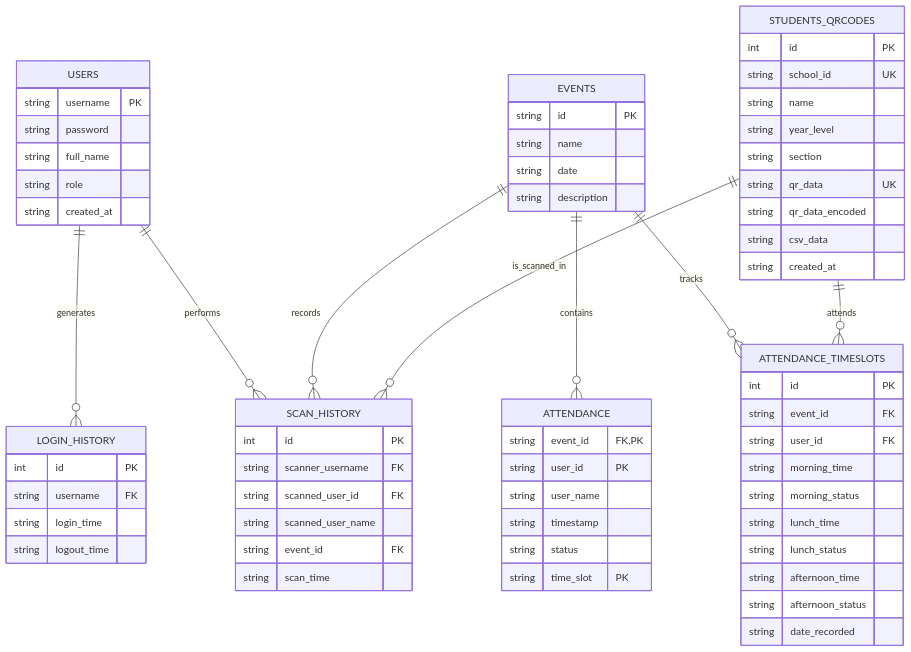
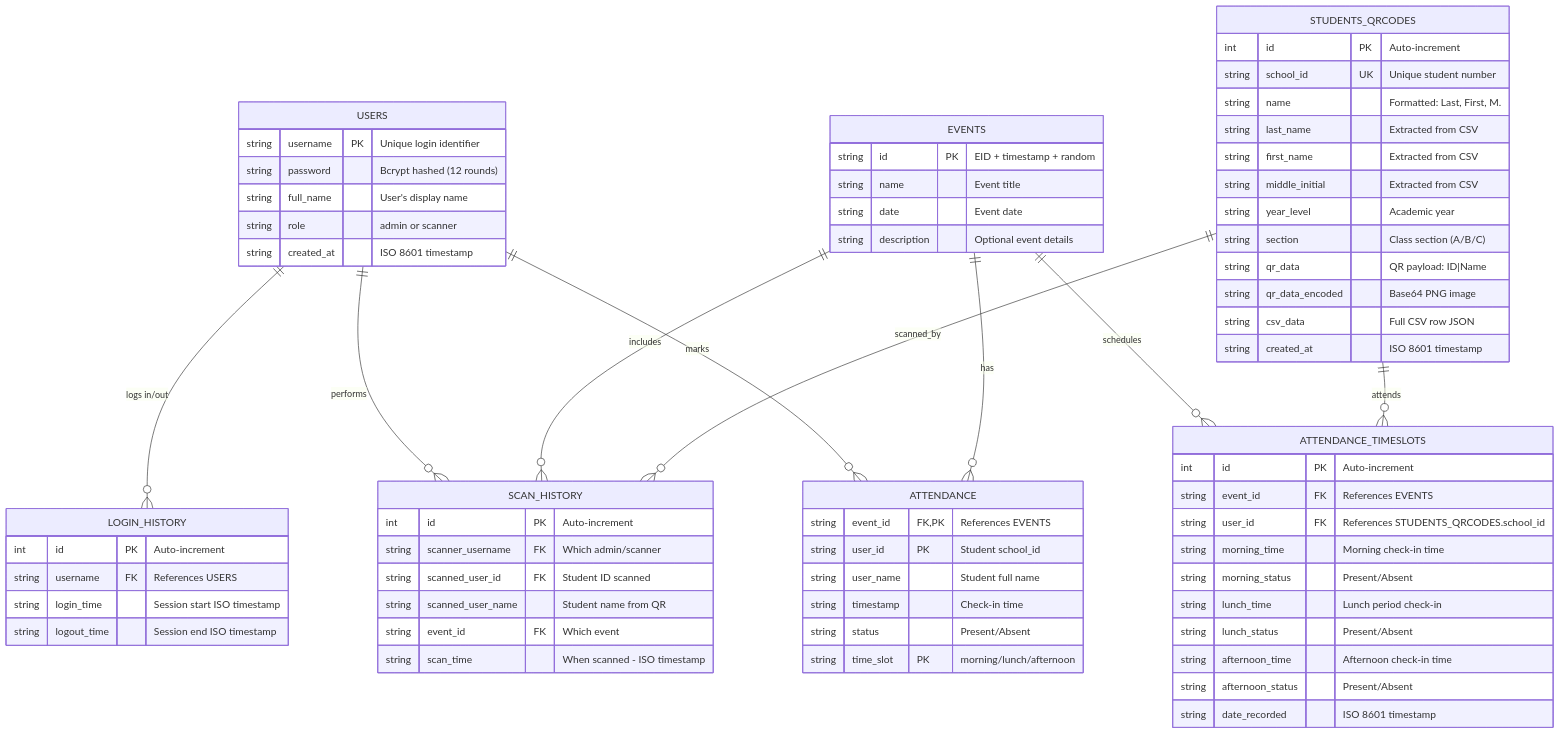
Before and after one commit to thebaynal/QR-Attendance-Checker: the diagram in ERD_MERMAID.md, drawn with Mermaid. The commit also changed other lines of this file and 1 other file, not shown here.

Commit message:
Updated Readme and ERD

````diff
--- a/ERD_MERMAID.md
+++ b/ERD_MERMAID.md
@@ -1,75 +3,79 @@
 ```mermaid
 erDiagram
-    USERS ||--o{ LOGIN_HISTORY : generates
-    USERS ||--o{ SCAN_HISTORY : performs
-    EVENTS ||--o{ ATTENDANCE : contains
-    EVENTS ||--o{ SCAN_HISTORY : records
-    EVENTS ||--o{ ATTENDANCE_TIMESLOTS : tracks
-    STUDENTS_QRCODES ||--o{ SCAN_HISTORY : "is_scanned_in"
+    USERS ||--o{ LOGIN_HISTORY : "logs in/out"
+    USERS ||--o{ SCAN_HISTORY : "performs"
+    USERS ||--o{ ATTENDANCE : "marks"
+    EVENTS ||--o{ ATTENDANCE : "has"
+    EVENTS ||--o{ ATTENDANCE_TIMESLOTS : "schedules"
+    EVENTS ||--o{ SCAN_HISTORY : "includes"
     STUDENTS_QRCODES ||--o{ ATTENDANCE_TIMESLOTS : "attends"
+    STUDENTS_QRCODES ||--o{ SCAN_HISTORY : "scanned_by"
 
     USERS {
-        string username PK
-        string password
-        string full_name
-        string role
-        string created_at
+        string username PK "Unique login identifier"
+        string password "Bcrypt hashed (12 rounds)"
+        string full_name "User's display name"
+        string role "admin or scanner"
+        string created_at "ISO 8601 timestamp"
     }
 
     EVENTS {
-        string id PK
-        string name
-        string date
-        string description
+        string id PK "EID + timestamp + random"
+        string name "Event title"
+        string date "Event date"
+        string description "Optional event details"
     }
 
     ATTENDANCE {
-        string event_id FK, PK
-        string user_id PK
-        string user_name
-        string timestamp
-        string status
-        string time_slot PK
+        string event_id FK, PK "References EVENTS"
+        string user_id PK "Student school_id"
+        string user_name "Student full name"
+        string timestamp "Check-in time"
+        string status "Present/Absent"
+        string time_slot PK "morning/lunch/afternoon"
     }
 
     LOGIN_HISTORY {
-        int id PK
-        string username FK
-        string login_time
-        string logout_time
+        int id PK "Auto-increment"
+        string username FK "References USERS"
+        string login_time "Session start ISO timestamp"
+        string logout_time "Session end ISO timestamp"
     }
 
     SCAN_HISTORY {
-        int id PK
-        string scanner_username FK
-        string scanned_user_id FK
-        string scanned_user_name
-        string event_id FK
-        string scan_time
+        int id PK "Auto-increment"
+        string scanner_username FK "Which admin/scanner"
+        string scanned_user_id FK "Student ID scanned"
+        string scanned_user_name "Student name from QR"
+        string event_id FK "Which event"
+        string scan_time "When scanned - ISO timestamp"
     }
 
     STUDENTS_QRCODES {
-        int id PK
-        string school_id UK
-        string name
-        string year_level
-        string section
-        string qr_data UK
-        string qr_data_encoded
-        string csv_data
-        string created_at
+        int id PK "Auto-increment"
+        string school_id UK "Unique student number"
+        string name "Formatted: Last, First, M."
+        string last_name "Extracted from CSV"
+        string first_name "Extracted from CSV"
+        string middle_initial "Extracted from CSV"
+        string year_level "Academic year"
+        string section "Class section (A/B/C)"
+        string qr_data "QR payload: ID|Name"
+        string qr_data_encoded "Base64 PNG image"
+        string csv_data "Full CSV row JSON"
+        string created_at "ISO 8601 timestamp"
     }
 
     ATTENDANCE_TIMESLOTS {
-        int id PK
-        string event_id FK
-        string user_id FK
-        string morning_time
-        string morning_status
-        string lunch_time
-        string lunch_status
-        string afternoon_time
-        string afternoon_status
-        string date_recorded
+        int id PK "Auto-increment"
+        string event_id FK "References EVENTS"
+        string user_id FK "References STUDENTS_QRCODES.school_id"
+        string morning_time "Morning check-in time"
+        string morning_status "Present/Absent"
+        string lunch_time "Lunch period check-in"
+        string lunch_status "Present/Absent"
+        string afternoon_time "Afternoon check-in time"
+        string afternoon_status "Present/Absent"
+        string date_recorded "ISO 8601 timestamp"
     }
 ```
````
